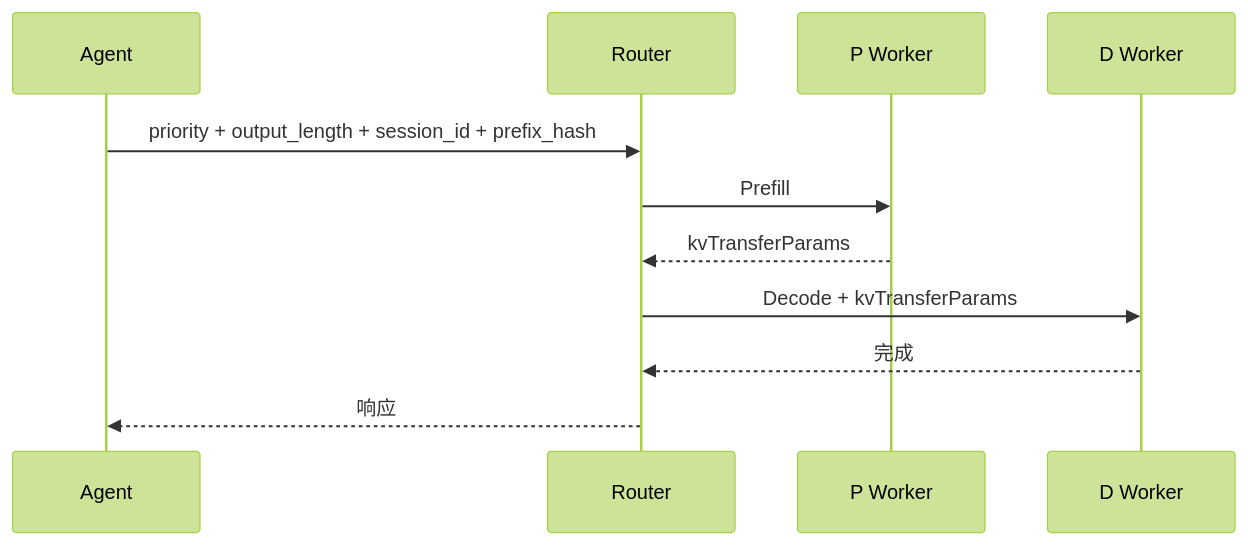
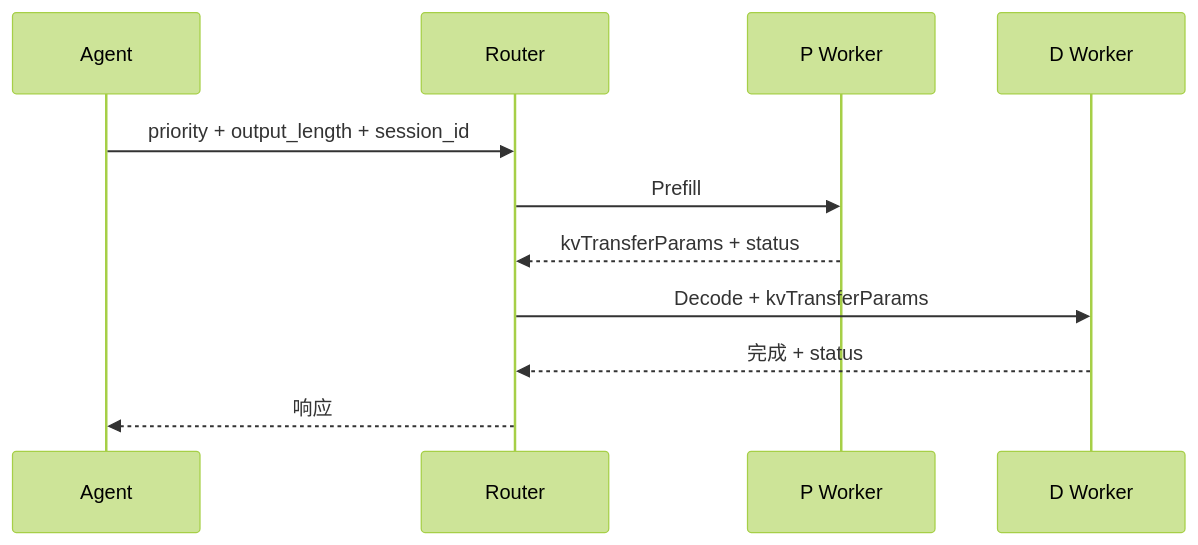
Diagram 11 of 12 in reasoning-lb-router-design.md (heckletbot/document), drawn with Mermaid (forest theme) before and after one commit. The commit also changed other lines of this file, not shown here.

````diff
--- a/reasoning-lb-router-design.md
+++ b/reasoning-lb-router-design.md
@@ -253,13 +382,13 @@
 ```mermaid
 sequenceDiagram
     participant A as Agent
     participant R as Router
     participant P as P Worker
     participant D as D Worker
-    A->>R: priority + output_length + session_id + prefix_hash
+    A->>R: priority + output_length + session_id
     R->>P: Prefill
-    P-->>R: kvTransferParams
+    P-->>R: kvTransferParams + status
     R->>D: Decode + kvTransferParams
-    D-->>R: 完成
+    D-->>R: 完成 + status
     R-->>A: 响应
 ```
````
